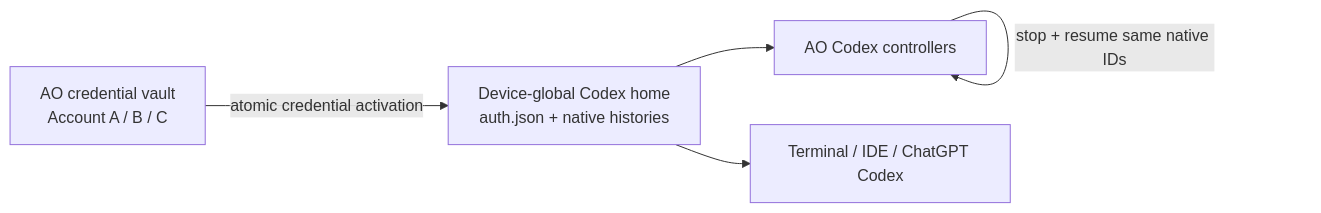
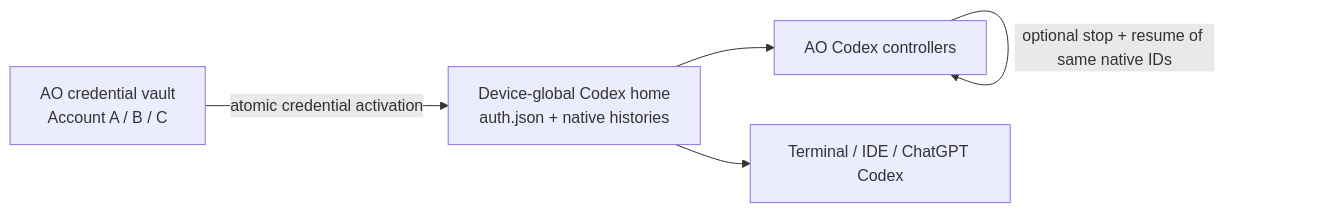
One commit to Untrivial-ai/agent-orchestrator changed the first of 4 diagrams in docs/research/2026-08-31-codex-global-account-management-architecture.md. Above: the diagram before and after it, drawn with Mermaid. The commit also changed other lines of this file and 33 other files, not shown here.

````diff
--- a/docs/research/2026-08-31-codex-global-account-management-architecture.md
+++ b/docs/research/2026-08-31-codex-global-account-management-architecture.md
@@ -17,12 +17,12 @@
 ```mermaid
 flowchart LR
     Vault["AO credential vault<br/>Account A / B / C"]
     Global["Device-global Codex home<br/>auth.json + native histories"]
     AO["AO Codex controllers"]
     External["Terminal / IDE / ChatGPT Codex"]
 
     Vault -->|"atomic credential activation"| Global
     Global --> AO
     Global --> External
-    AO -->|"stop + resume same native IDs"| AO
+    AO -->|"optional stop + resume of same native IDs"| AO
 ```
````
